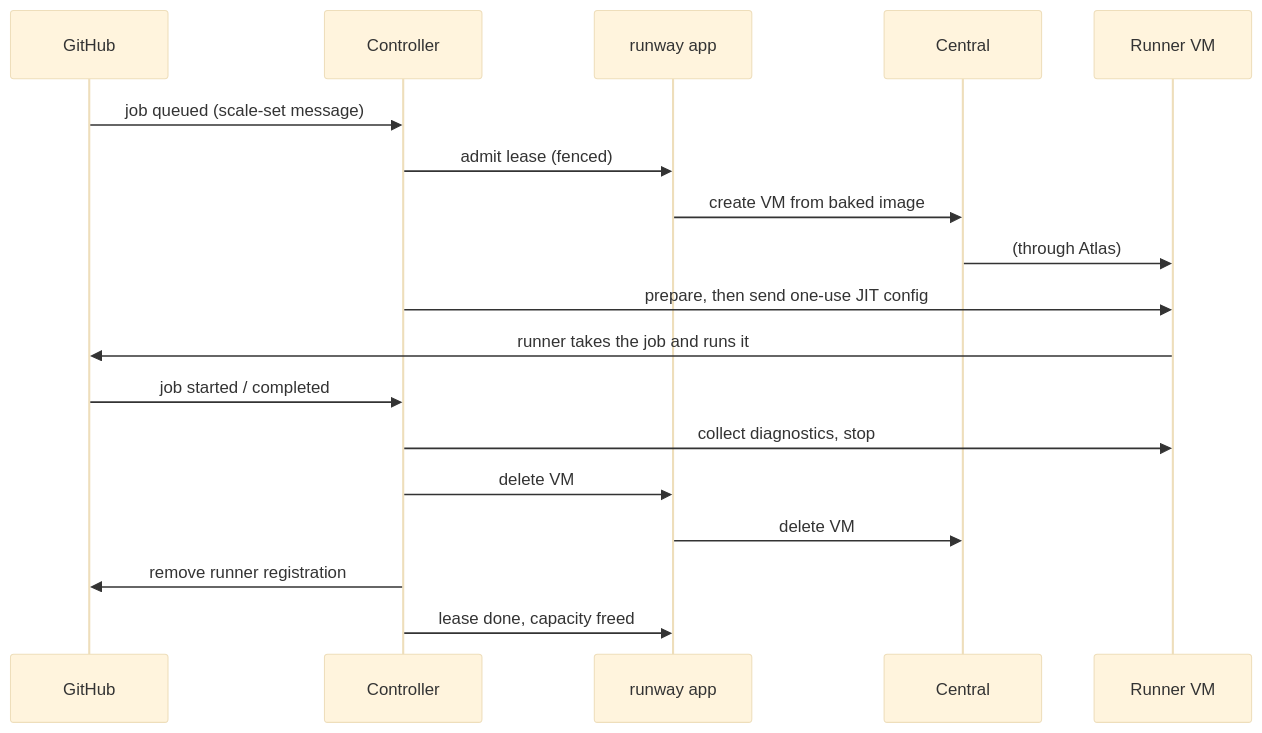
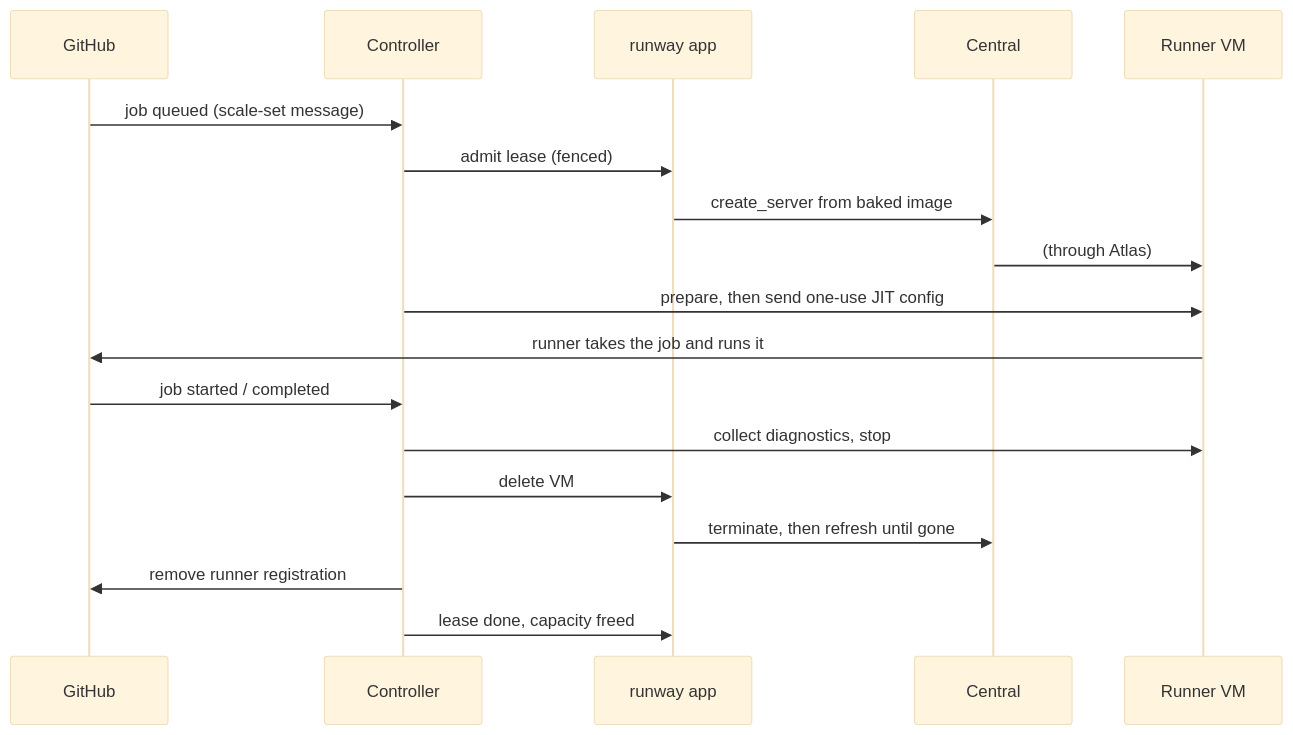
One commit to BreadGenie/runway-controller changed the second of 3 diagrams in docs/architecture.md. Above: the diagram before and after it, drawn with Mermaid (base theme). The commit also changed other lines of this file, not shown here.

````diff
--- a/docs/architecture.md
+++ b/docs/architecture.md
@@ -41,21 +41,21 @@
 ```mermaid
 sequenceDiagram
     participant GH as GitHub
     participant C as Controller
     participant R as runway app
     participant CE as Central
     participant VM as Runner VM
 
     GH->>C: job queued (scale-set message)
     C->>R: admit lease (fenced)
-    R->>CE: create VM from baked image
+    R->>CE: create_server from baked image
     CE->>VM: (through Atlas)
     C->>VM: prepare, then send one-use JIT config
     VM->>GH: runner takes the job and runs it
     GH->>C: job started / completed
     C->>VM: collect diagnostics, stop
     C->>R: delete VM
-    R->>CE: delete VM
+    R->>CE: terminate, then refresh until gone
     C->>GH: remove runner registration
     C->>R: lease done, capacity freed
 ```
````
